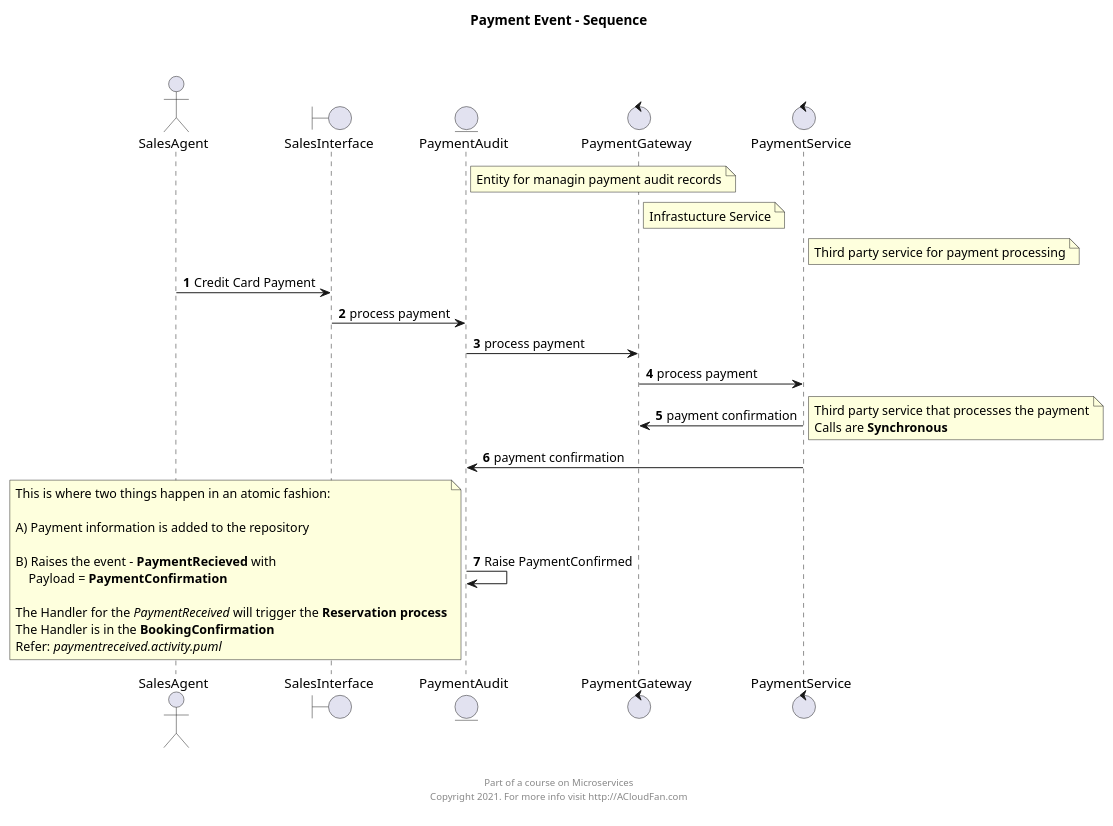
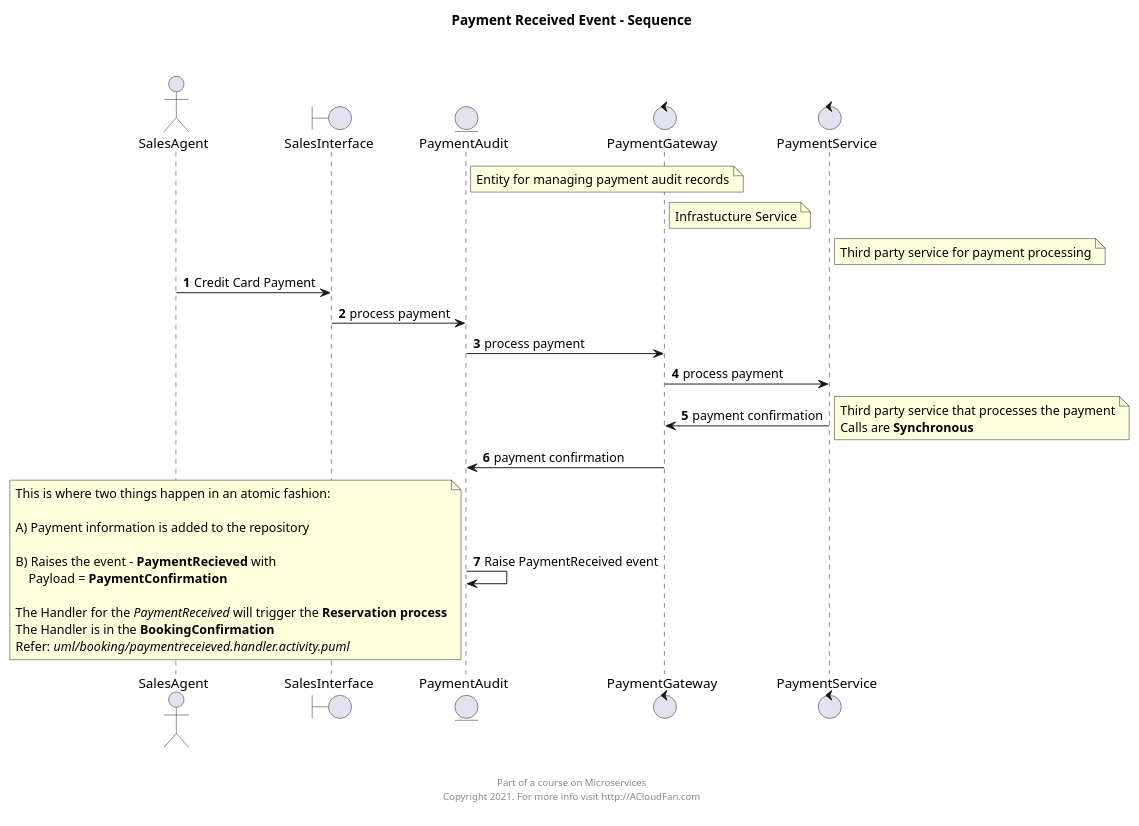
One commit to acloudfan/MSFA-ACME-Sales-vdraft changed the diagram in uml/events/payment.sequence.puml. Above: the diagram before and after it, drawn with PlantUML. The commit also changed 29 other files, not shown here.

```diff
--- a/uml/events/payment.sequence.puml
+++ b/uml/events/payment.sequence.puml
@@ -2,51 +2,51 @@
 @startuml
 
 actor SalesAgent
 boundary  SalesInterface
 entity  PaymentAudit
 note right of PaymentAudit
-    Entity for managin payment audit records
+    Entity for managing payment audit records
 end note
 
 control PaymentGateway
 note right PaymentGateway
     Infrastucture Service
 end note
 
 control PaymentService
 note right PaymentService
     Third party service for payment processing
 end note
 
 autonumber
 SalesAgent -> SalesInterface : Credit Card Payment
 SalesInterface -> PaymentAudit: process payment
 PaymentAudit -> PaymentGateway : process payment
 PaymentGateway -> PaymentService : process payment
 PaymentService -> PaymentGateway  : payment confirmation
 note right
     Third party service that processes the payment
     Calls are <b>Synchronous</b>
 end note
 
-PaymentService -> PaymentAudit : payment confirmation
+PaymentGateway -> PaymentAudit : payment confirmation
 
-PaymentAudit -> PaymentAudit : Raise PaymentConfirmed
+PaymentAudit -> PaymentAudit : Raise PaymentReceived event
 note left
     This is where two things happen in an atomic fashion:
 
     A) Payment information is added to the repository
 
     B) Raises the event - <b>PaymentRecieved</b> with
         Payload = <b>PaymentConfirmation</b>
 
     The Handler for the <i>PaymentReceived</i> will trigger the <b>Reservation process</b>
     The Handler is in the <b>BookingConfirmation</b>
-    Refer: <i>paymentreceived.activity.puml</i>
+    Refer: <i>uml/booking/paymentreceieved.handler.activity.puml</i>
 end note
 
 
-title  Payment Event - Sequence\n\n
+title  Payment Received Event - Sequence\n\n
 footer \n\n Part of a course on Microservices \n Copyright 2021. For more info visit http://ACloudFan.com \n
 
 @enduml
```
